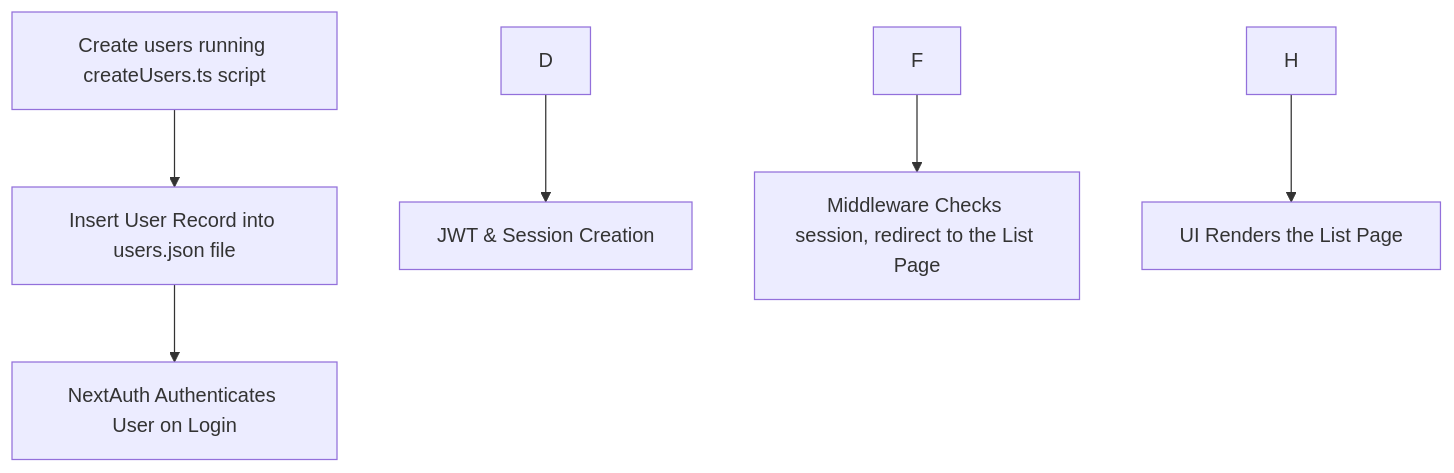
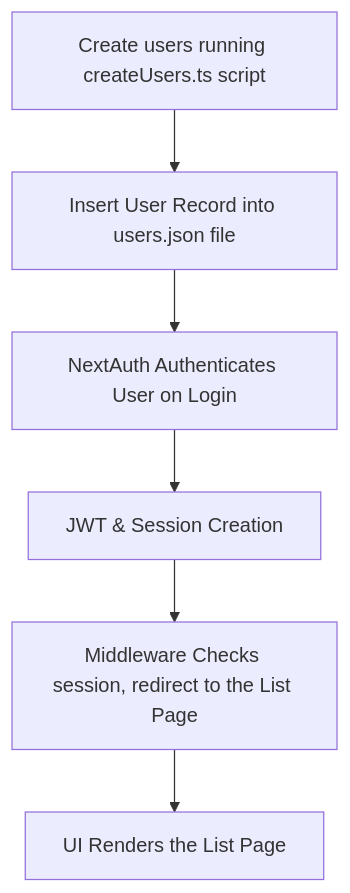
Before and after one commit to xmione/sunvoy: the first of 2 diagrams in Docs/Process Flow - Next.js Authentication.md, drawn with Mermaid.

Commit message:
corrected the flowchart connections

````diff
--- a/Docs/Process Flow - Next.js Authentication.md
+++ b/Docs/Process Flow - Next.js Authentication.md
@@ -32,10 +32,10 @@
 ```mermaid
 flowchart TD
     A[Create users running createUsers.ts script]
     A --> B[Insert User Record into users.json file]
     B --> C[NextAuth Authenticates User on Login]
-    D --> E[JWT & Session Creation ]
-    F --> G[Middleware Checks session, redirect to the List Page]
-    H --> I[UI Renders the List Page]
+    C --> D[JWT & Session Creation ]
+    D --> E[Middleware Checks session, redirect to the List Page]
+    E --> F[UI Renders the List Page]
 
 ```
````
